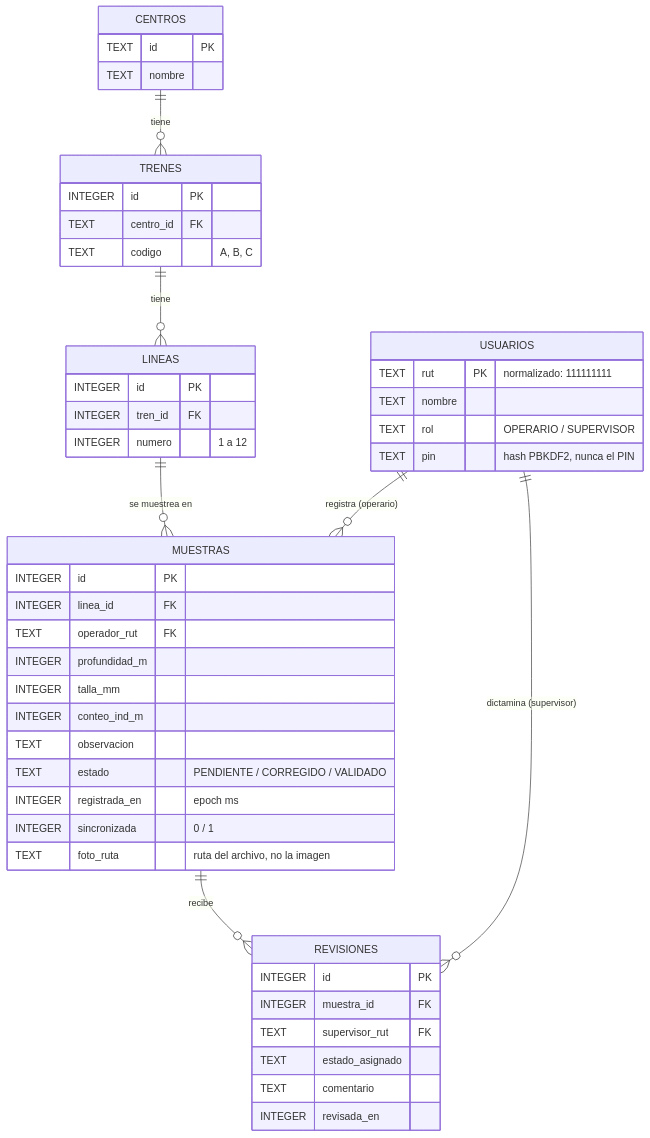
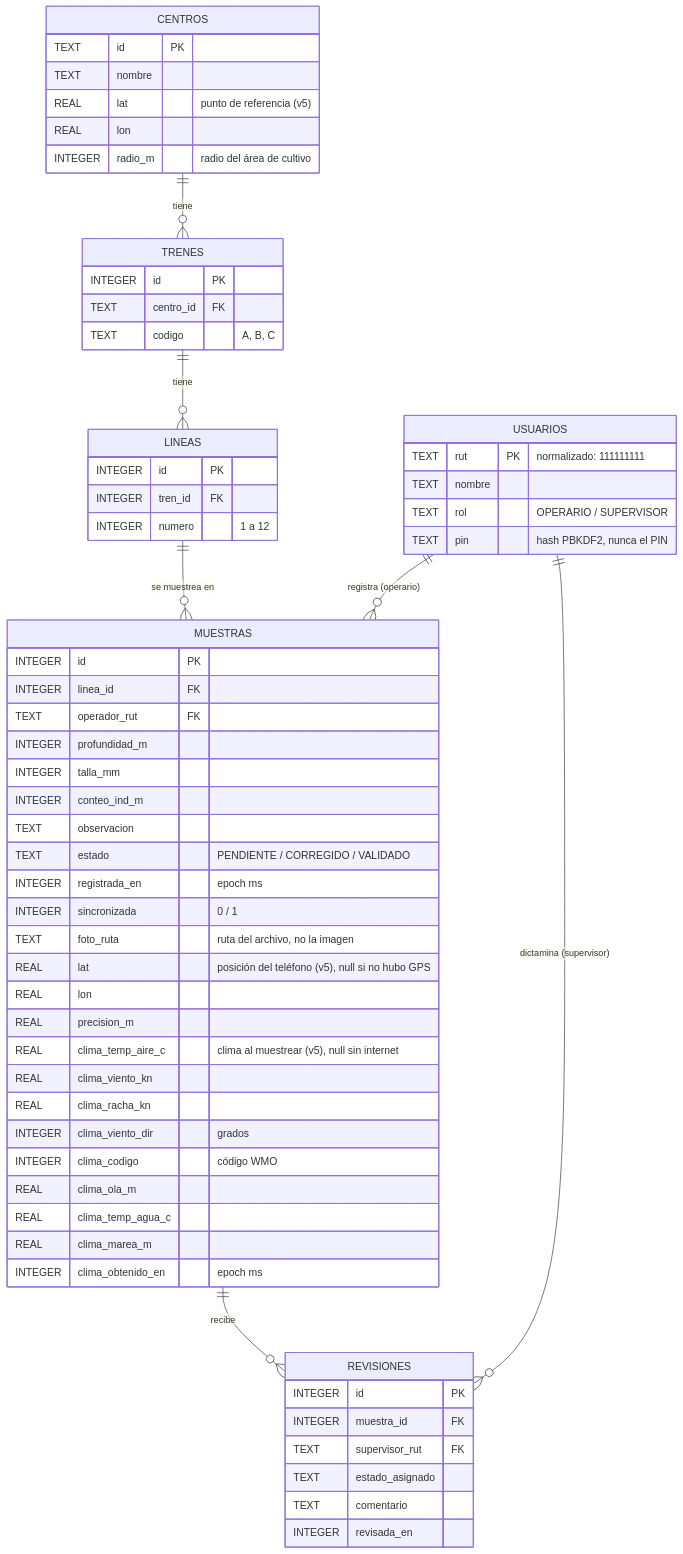
Before and after one commit to jesuscardenas-jacv1/MusselApp-Nube: the diagram in docs/base-de-datos.md, drawn with Mermaid. The commit also changed other lines of this file and 2 other files, not shown here.

Commit message:
docs: clima, GPS y alertas en el README, la base de datos y el portal

````diff
--- a/docs/base-de-datos.md
+++ b/docs/base-de-datos.md
@@ -9,51 +9,66 @@
 ```mermaid
 erDiagram
     CENTROS ||--o{ TRENES : tiene
     TRENES ||--o{ LINEAS : tiene
     LINEAS ||--o{ MUESTRAS : "se muestrea en"
     USUARIOS ||--o{ MUESTRAS : "registra (operario)"
     MUESTRAS ||--o{ REVISIONES : "recibe"
     USUARIOS ||--o{ REVISIONES : "dictamina (supervisor)"
 
     CENTROS {
         TEXT id PK
         TEXT nombre
+        REAL lat "punto de referencia (v5)"
+        REAL lon
+        INTEGER radio_m "radio del área de cultivo"
     }
     TRENES {
         INTEGER id PK
         TEXT centro_id FK
         TEXT codigo "A, B, C"
     }
     LINEAS {
         INTEGER id PK
         INTEGER tren_id FK
         INTEGER numero "1 a 12"
     }
     USUARIOS {
         TEXT rut PK "normalizado: 111111111"
         TEXT nombre
         TEXT rol "OPERARIO / SUPERVISOR"
         TEXT pin "hash PBKDF2, nunca el PIN"
     }
     MUESTRAS {
         INTEGER id PK
         INTEGER linea_id FK
         TEXT operador_rut FK
         INTEGER profundidad_m
         INTEGER talla_mm
         INTEGER conteo_ind_m
         TEXT observacion
         TEXT estado "PENDIENTE / CORREGIDO / VALIDADO"
         INTEGER registrada_en "epoch ms"
         INTEGER sincronizada "0 / 1"
         TEXT foto_ruta "ruta del archivo, no la imagen"
+        REAL lat "posición del teléfono (v5), null si no hubo GPS"
+        REAL lon
+        REAL precision_m
+        REAL clima_temp_aire_c "clima al muestrear (v5), null sin internet"
+        REAL clima_viento_kn
+        REAL clima_racha_kn
+        INTEGER clima_viento_dir "grados"
+        INTEGER clima_codigo "código WMO"
+        REAL clima_ola_m
+        REAL clima_temp_agua_c
+        REAL clima_marea_m
+        INTEGER clima_obtenido_en "epoch ms"
     }
     REVISIONES {
         INTEGER id PK
         INTEGER muestra_id FK
         TEXT supervisor_rut FK
         TEXT estado_asignado
         TEXT comentario
         INTEGER revisada_en
     }
 ```
````
